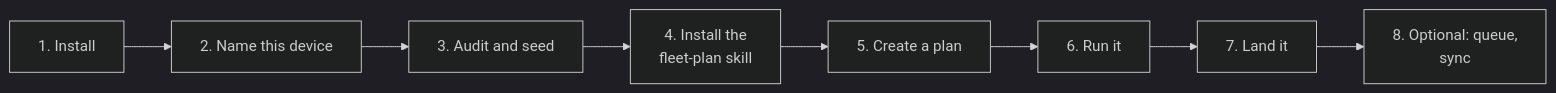
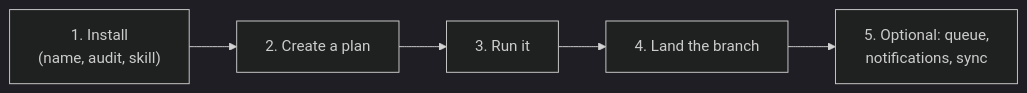
Before and after one commit to shaynemeyer/iterum: the first of 6 diagrams in docs/setup-guide.md, drawn with Mermaid (dark theme). The commit also changed other lines of this file and 5 other files, not shown here.

Commit message:
docs: FLEET_TASK_TIMEOUT_S, FLEET_WORKER_BUDGET_S and FLEET_WORK_MODULE in the settings; setup guide flowchart matches its sections; README components; stale docstrings

````diff
--- a/docs/setup-guide.md
+++ b/docs/setup-guide.md
@@ -5,10 +5,7 @@
 ```mermaid
 flowchart LR
-    A["1. Install"] --> B["2. Name this device"]
-    B --> C["3. Audit and seed"]
-    C --> D["4. Install the<br/>fleet-plan skill"]
-    D --> E["5. Create a plan"]
-    E --> F["6. Run it"]
-    F --> G["7. Land it"]
-    G --> H["8. Optional: queue,<br/>sync"]
+    A["1. Install<br/>(name, audit, skill)"] --> B["2. Create a plan"]
+    B --> C["3. Run it"]
+    C --> D["4. Land the branch"]
+    D --> E["5. Optional: queue,<br/>notifications, sync"]
 ```
````
